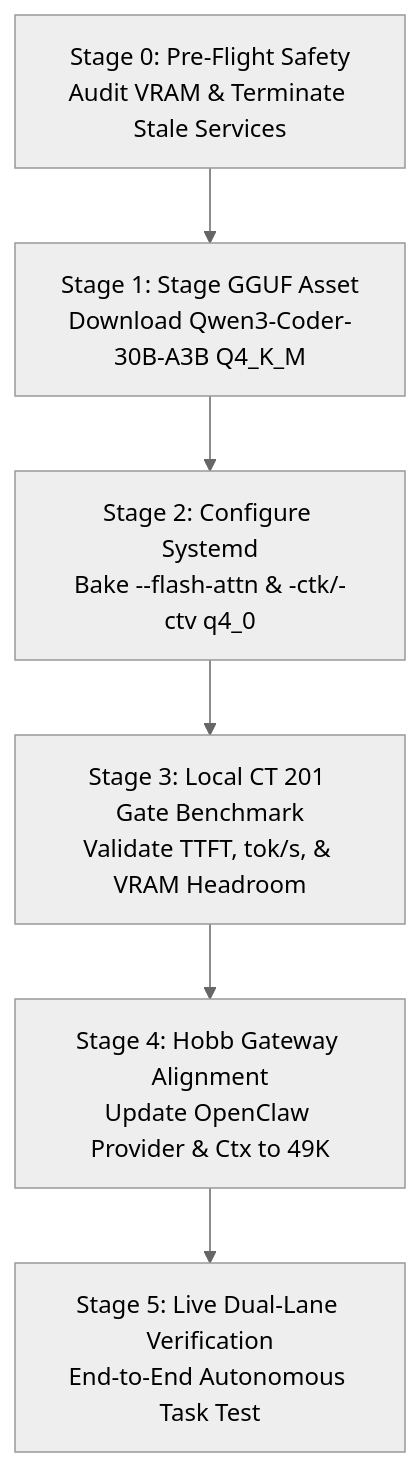
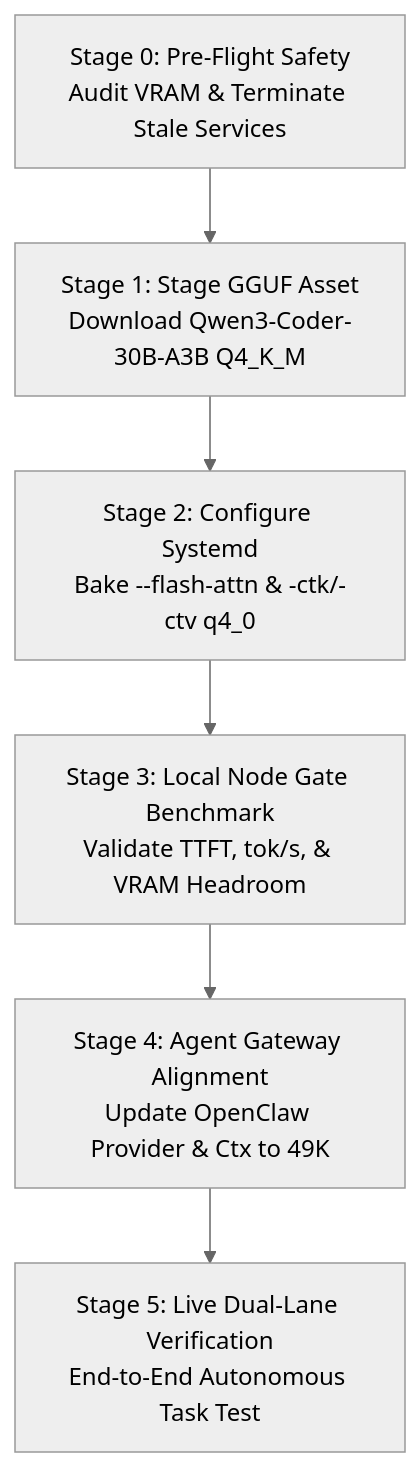
The diagram in deploy/frankenstein-moe/FINAL_ROLLOUT_PLAN.md (captbean21/agent-commons), drawn with Mermaid (neutral theme) before and after one commit. The commit also changed other lines of this file and 1 other file, not shown here.

Commit message:
fix(sanitize): generalize internal node names and container IDs for public release

````diff
--- a/deploy/frankenstein-moe/FINAL_ROLLOUT_PLAN.md
+++ b/deploy/frankenstein-moe/FINAL_ROLLOUT_PLAN.md
@@ -20,8 +20,8 @@
 ```mermaid
 flowchart TD
     S0["Stage 0: Pre-Flight Safety<br/>Audit VRAM & Terminate Stale Services"] --> S1["Stage 1: Stage GGUF Asset<br/>Download Qwen3-Coder-30B-A3B Q4_K_M"]
     S1 --> S2["Stage 2: Configure Systemd<br/>Bake --flash-attn & -ctk/-ctv q4_0"]
-    S2 --> S3["Stage 3: Local CT 201 Gate Benchmark<br/>Validate TTFT, tok/s, & VRAM Headroom"]
-    S3 --> S4["Stage 4: Hobb Gateway Alignment<br/>Update OpenClaw Provider & Ctx to 49K"]
+    S2 --> S3["Stage 3: Local Node Gate Benchmark<br/>Validate TTFT, tok/s, & VRAM Headroom"]
+    S3 --> S4["Stage 4: Agent Gateway Alignment<br/>Update OpenClaw Provider & Ctx to 49K"]
     S4 --> S5["Stage 5: Live Dual-Lane Verification<br/>End-to-End Autonomous Task Test"]
 ```
````
